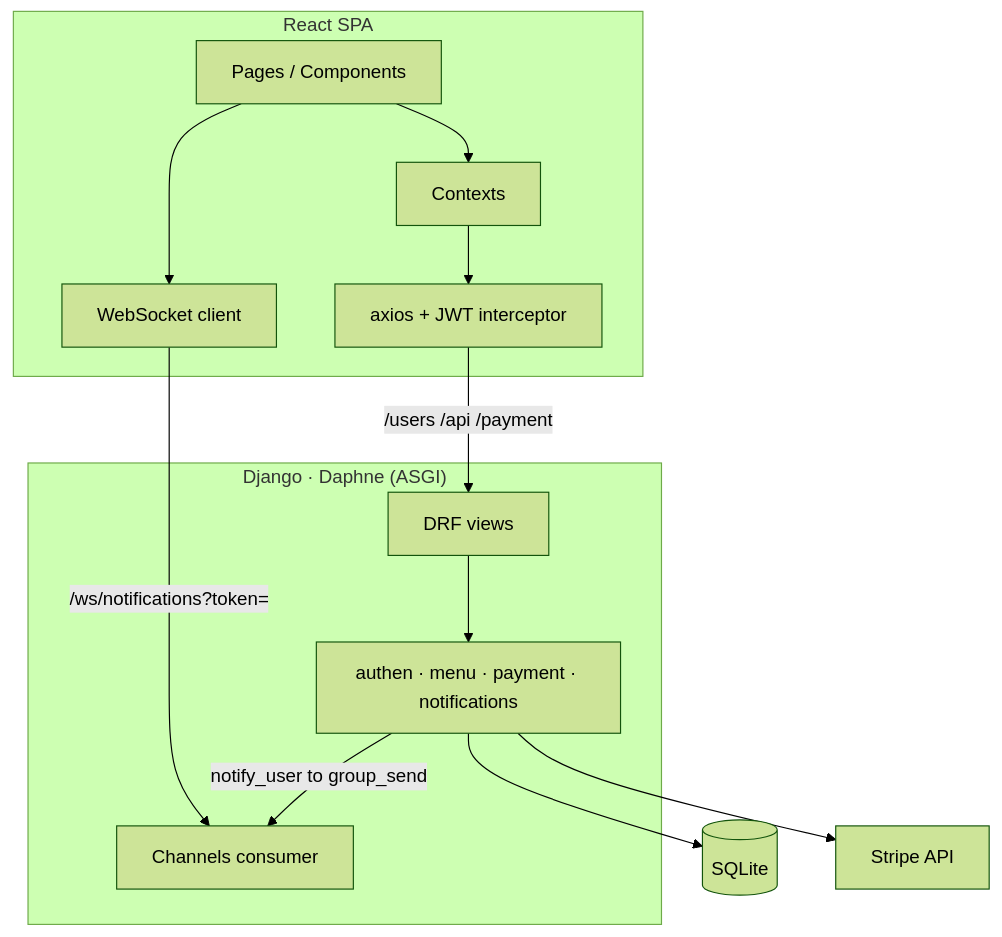
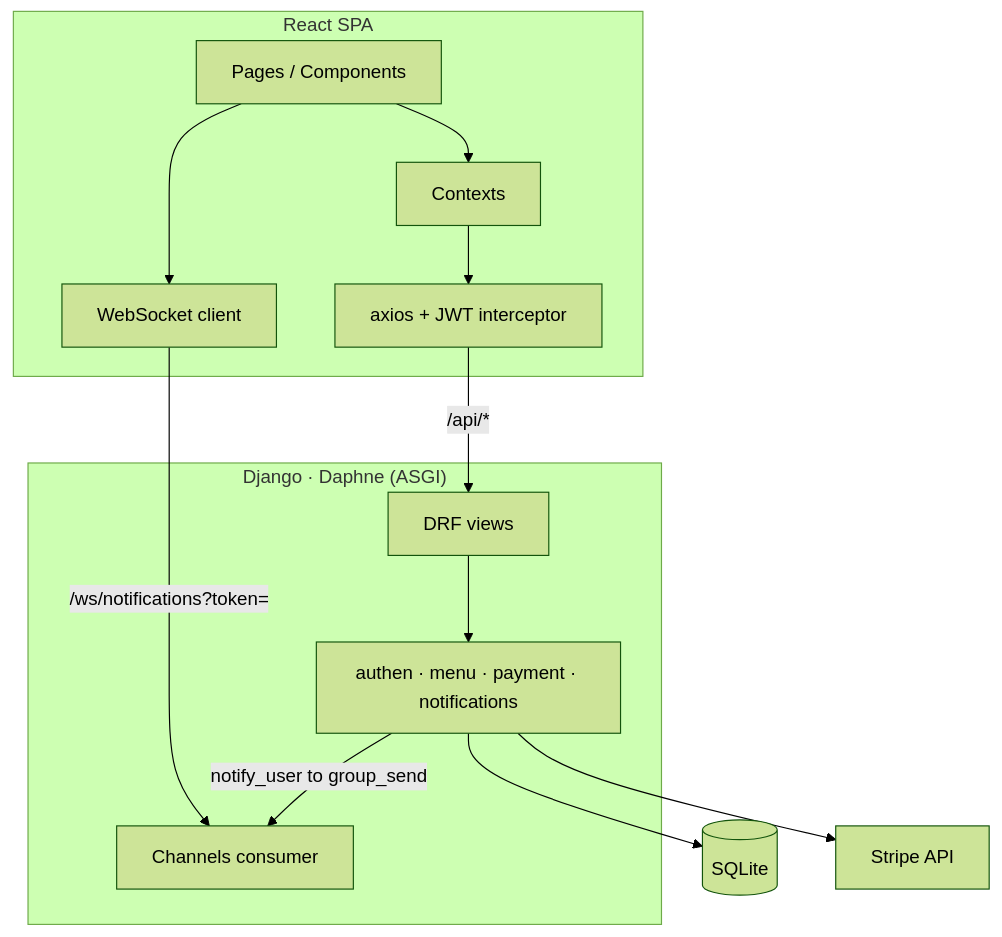
The first of 4 diagrams in README.md (nolannguyen1212/lumiere), drawn with Mermaid (forest theme) before and after one commit. The commit also changed other lines of this file, not shown here.

Commit message:
docs: update README diagrams for /api routes

````diff
--- a/README.md
+++ b/README.md
@@ -7,27 +7,27 @@
 ```mermaid
 %%{init: {'flowchart': {'curve': 'basis'}}}%%
 graph TD
   subgraph Client["React SPA"]
     UI[Pages / Components]
     CTX[Contexts]
     API[axios + JWT interceptor]
     WS[WebSocket client]
   end
 
   UI --> CTX --> API
   UI --> WS
 
   subgraph Server["Django · Daphne (ASGI)"]
     REST[DRF views]
     CHAN[Channels consumer]
     APPS[authen · menu · payment · notifications]
   end
 
-  API -->|"/users /api /payment"| REST
+  API -->|"/api/*"| REST
   WS -->|"/ws/notifications?token="| CHAN
   REST --> APPS
   APPS -->|"notify_user to group_send"| CHAN
 
   APPS --> DB[(SQLite)]
   APPS --> STRIPE[Stripe API]
 ```
````
